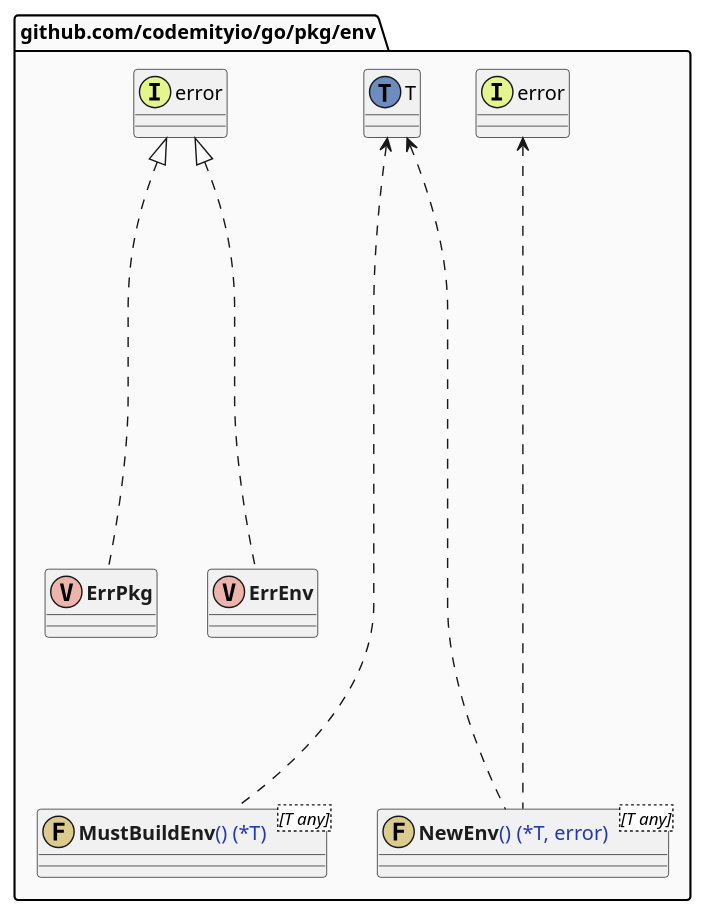
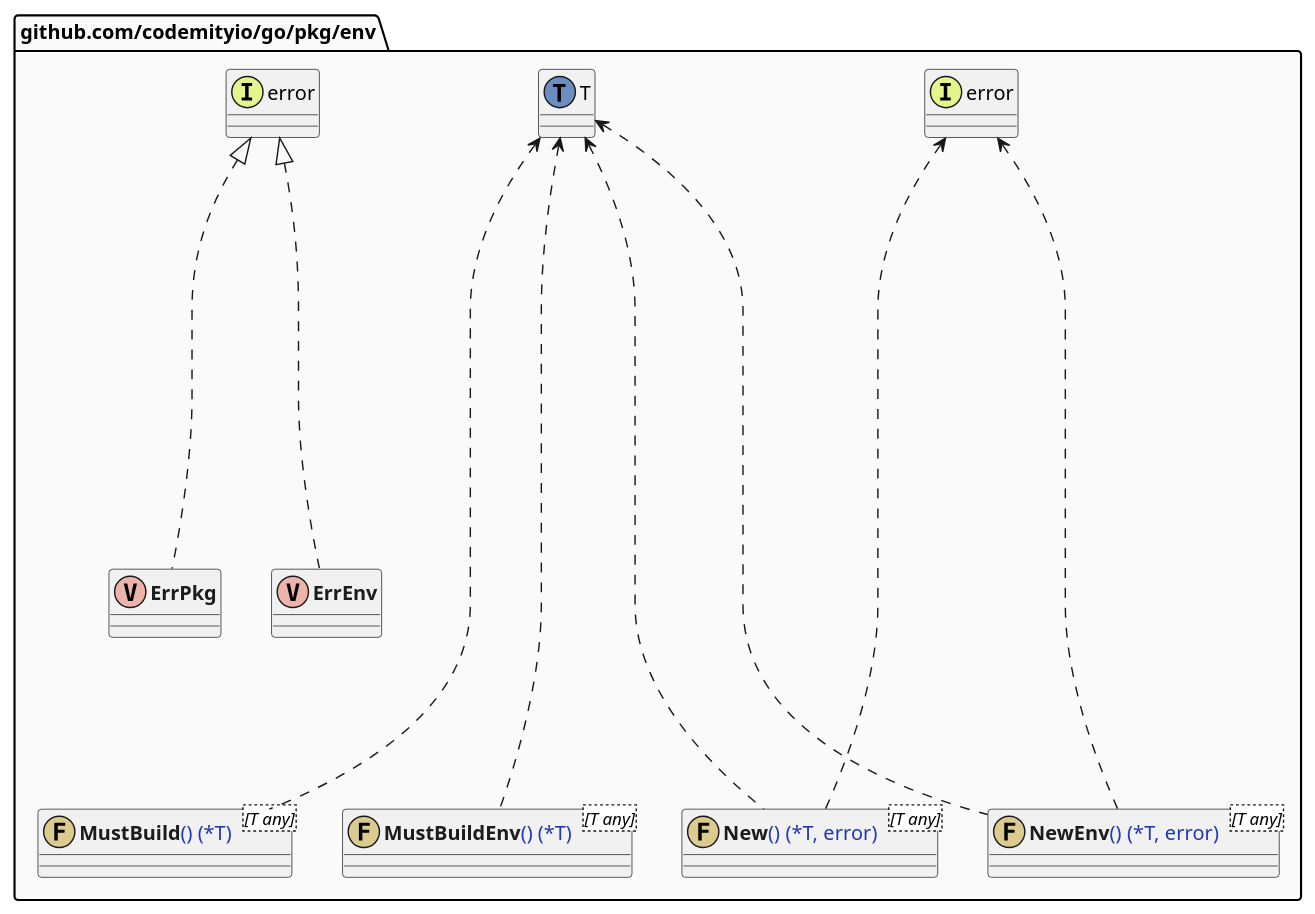
Before and after one commit to codemityio/go: the diagram in pkg/env/graph.puml, drawn with PlantUML. The commit also changed 5 other files, not shown here.

```diff
--- a/pkg/env/graph.puml
+++ b/pkg/env/graph.puml
@@ -1,28 +1,36 @@
 @startuml
 top to bottom direction
 skinparam package {
     BackgroundColor #fafafa
 }
 skinparam defaulttextalignment center
 skinparam noteTextAlignment left
 package "github.com/codemityio/go/pkg/env" as github_com_codemityio_go_pkg_env {
     class "<b><font color=#1c1c1c>ErrPkg</font></b>" as github_com_codemityio_go_pkg_env_ErrPkg << (V, #edb4ab) >> {}
     class "<b><font color=#1c1c1c>ErrEnv</font></b>" as github_com_codemityio_go_pkg_env_ErrEnv << (V, #edb4ab) >> {}
+    class "<b><font color=#1c1c1c>MustBuild</font></b><font color=#1f38b5>() (*T)</font><[T any]>" as github_com_codemityio_go_pkg_env_MustBuild << (F, #dbcb8f) >> {}
     class "<b><font color=#1c1c1c>MustBuildEnv</font></b><font color=#1f38b5>() (*T)</font><[T any]>" as github_com_codemityio_go_pkg_env_MustBuildEnv << (F, #dbcb8f) >> {}
+    class "<b><font color=#1c1c1c>New</font></b><font color=#1f38b5>() (*T, error)</font><[T any]>" as github_com_codemityio_go_pkg_env_New << (F, #dbcb8f) >> {}
     class "<b><font color=#1c1c1c>NewEnv</font></b><font color=#1f38b5>() (*T, error)</font><[T any]>" as github_com_codemityio_go_pkg_env_NewEnv << (F, #dbcb8f) >> {}
 }
 package "github.com/codemityio/go/pkg/env" as github_com_codemityio_go_pkg_env {
     class "error" as error << (I, #e4f58e) >> {}
     class "error" as error << (I, #e4f58e) >> {}
     class "T" as github_com_codemityio_go_pkg_env_T << (T, #6d8cbf) >> {}
     class "T" as github_com_codemityio_go_pkg_env_T << (T, #6d8cbf) >> {}
+    class "T" as github_com_codemityio_go_pkg_env_T << (T, #6d8cbf) >> {}
+    class "error" as _error << (I, #e4f58e) >> {}
+    class "T" as github_com_codemityio_go_pkg_env_T << (T, #6d8cbf) >> {}
     class "error" as _error << (I, #e4f58e) >> {}
 }
 package "github.com/codemityio/go/pkg/env" as github_com_codemityio_go_pkg_env {
     github_com_codemityio_go_pkg_env_ErrPkg ...up...|> error
     github_com_codemityio_go_pkg_env_ErrEnv ...up...|> error
+    github_com_codemityio_go_pkg_env_MustBuild ....up....> github_com_codemityio_go_pkg_env_T
     github_com_codemityio_go_pkg_env_MustBuildEnv ....up....> github_com_codemityio_go_pkg_env_T
+    github_com_codemityio_go_pkg_env_New ....up....> github_com_codemityio_go_pkg_env_T
+    github_com_codemityio_go_pkg_env_New ....up....> _error
     github_com_codemityio_go_pkg_env_NewEnv ....up....> github_com_codemityio_go_pkg_env_T
     github_com_codemityio_go_pkg_env_NewEnv ....up....> _error
 }
 @enduml
```
